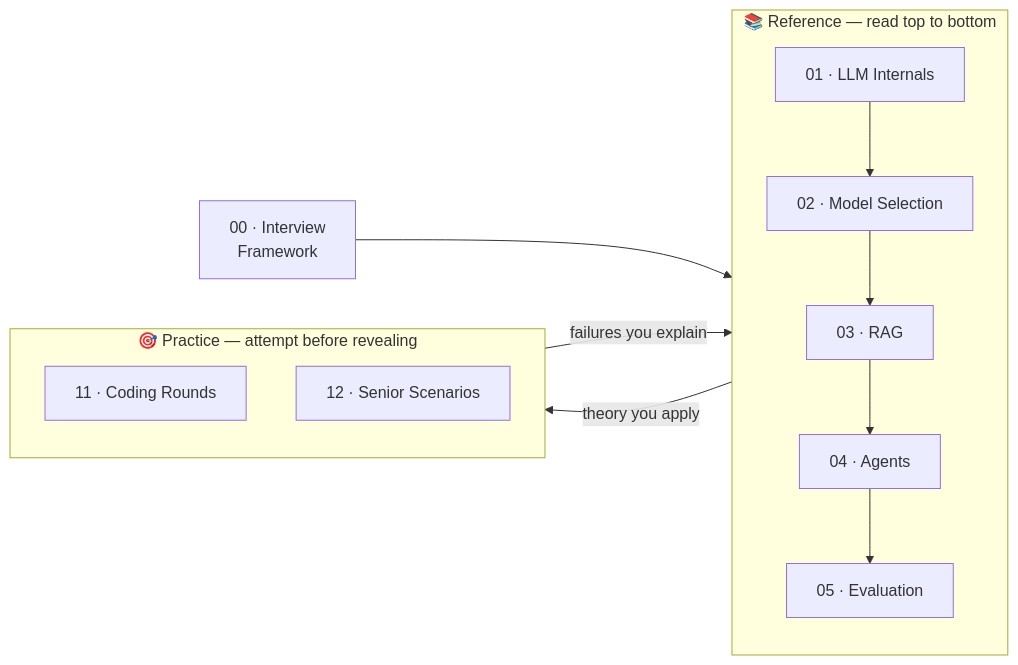
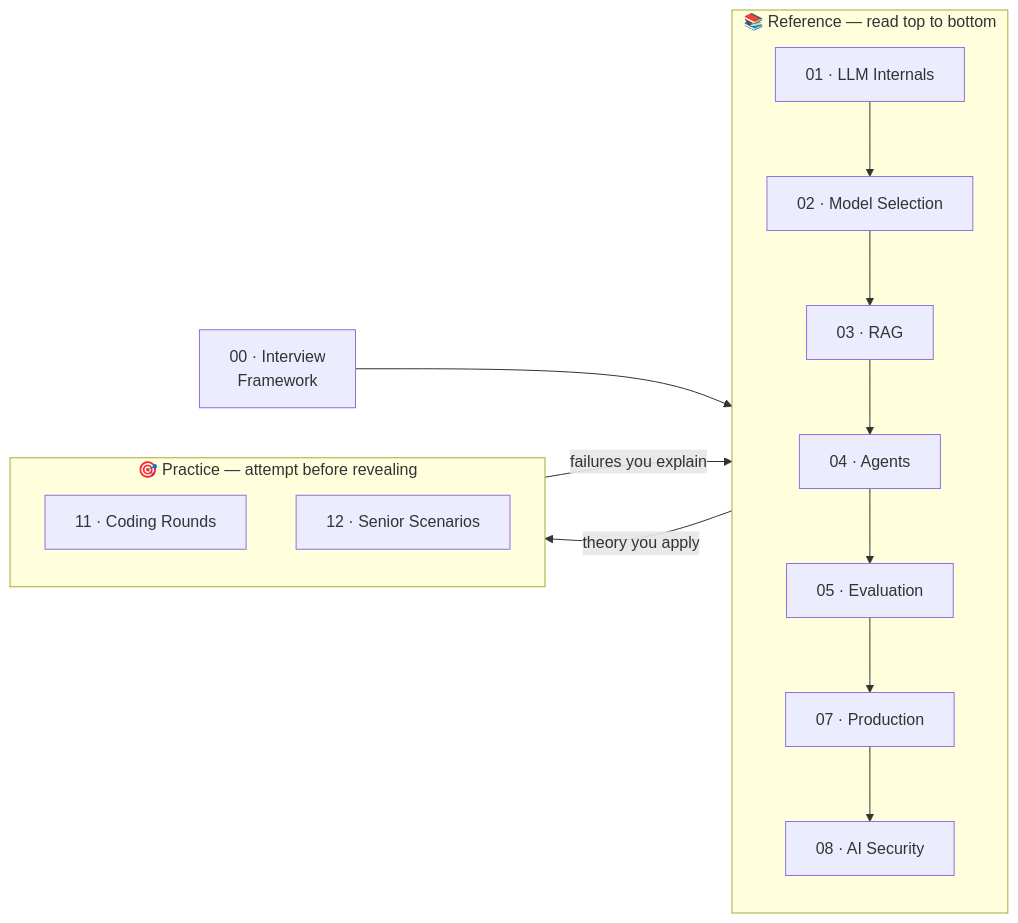
One commit to Laleeth/The-AI-Engineer-s-Playbook changed the diagram in README.md. Above: the diagram before and after it, drawn with Mermaid. The commit also changed other lines of this file and 17 other files, not shown here.

Commit message:
production & security

````diff
--- a/README.md
+++ b/README.md
@@ -67,21 +67,23 @@
 ```mermaid
 flowchart LR
     G["00 · Interview<br/>Framework"] --> REF
 
     subgraph REF["📚 Reference — read top to bottom"]
         direction TB
         Z["01 · LLM Internals"] --> A["02 · Model Selection"]
         A --> B["03 · RAG"]
         B --> C["04 · Agents"]
         C --> D["05 · Evaluation"]
+        D --> P["07 · Production"]
+        P --> S["08 · AI Security"]
     end
 
     subgraph PRAC["🎯 Practice — attempt before revealing"]
         direction TB
         E["11 · Coding Rounds"]
         F["12 · Senior Scenarios"]
     end
 
     REF -->|"theory you apply"| PRAC
     PRAC -->|"failures you explain"| REF
 ```
````
